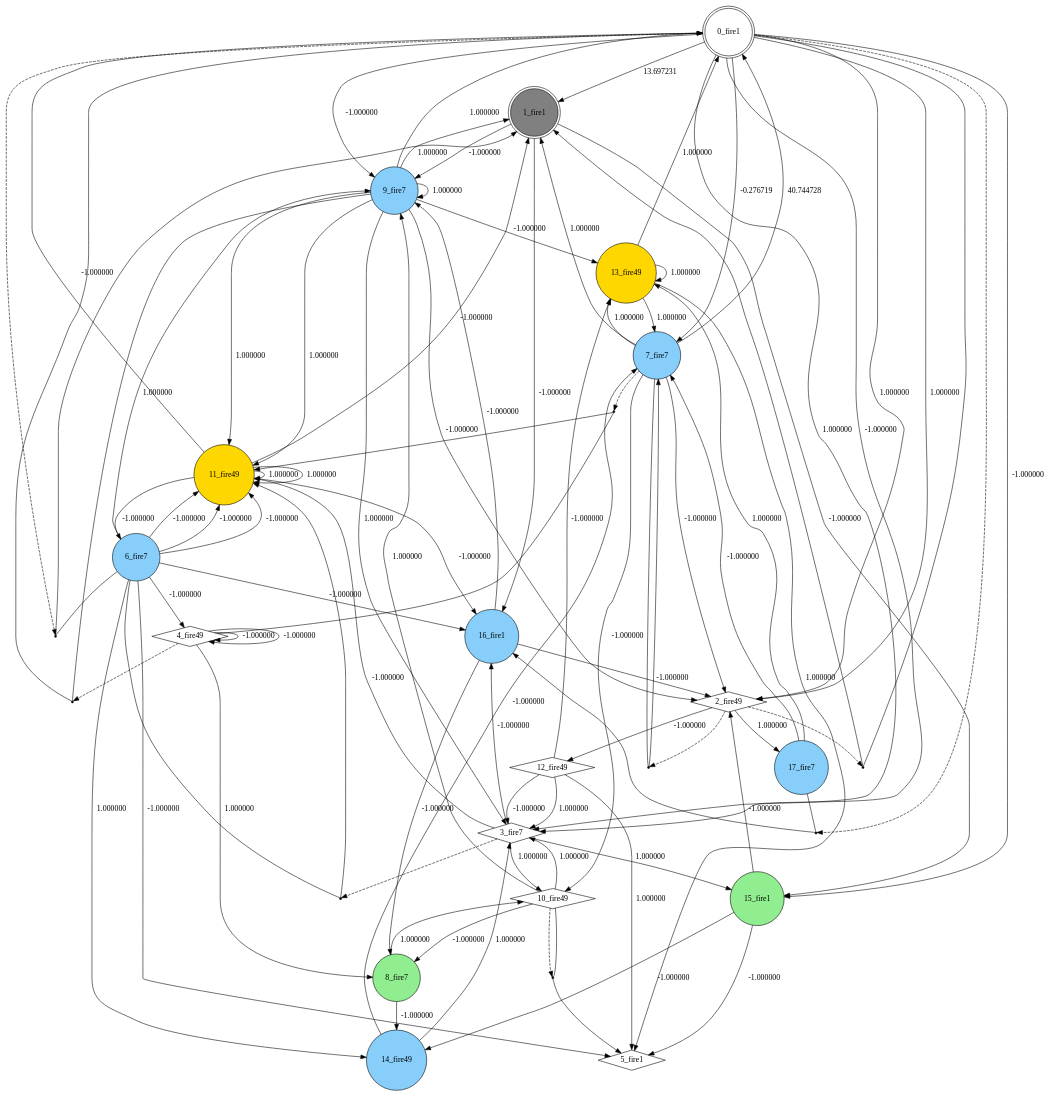
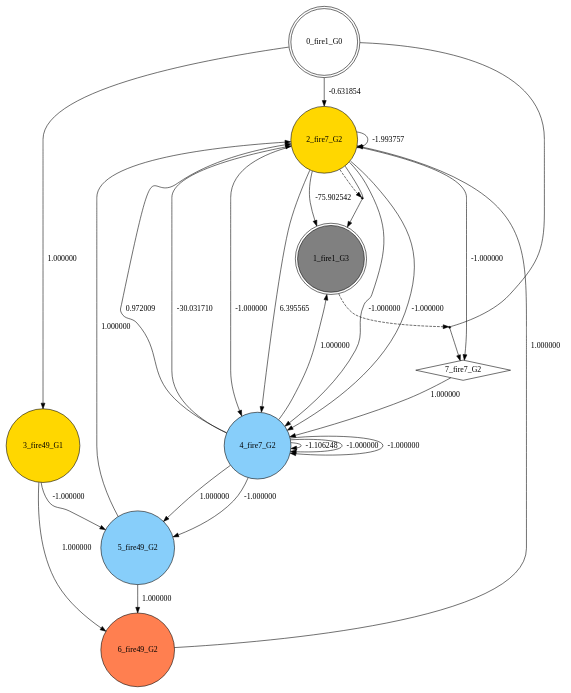
The diagram in best_individual.dot (yi1306c12/suna_c), drawn with Graphviz before and after one commit. The commit also changed 7 other files, not shown here.

```diff
--- a/best_individual.dot
+++ b/best_individual.dot
@@ -1,123 +1,42 @@
 digraph G {
  node[shape = circle]
-0 [label="0_fire1",shape=doublecircle]
-1 [label="1_fire1",shape=doublecircle, style=filled, fillcolor=gray]
-2 [label="2_fire49",shape=diamond]
-3 [label="3_fire7",shape=diamond]
-4 [label="4_fire49",shape=diamond]
-5 [label="5_fire1",shape=diamond]
-6 [label="6_fire7",style=filled, fillcolor=lightskyblue]
-7 [label="7_fire7",style=filled, fillcolor=lightskyblue]
-8 [label="8_fire7",style=filled, fillcolor=lightgreen]
-9 [label="9_fire7",style=filled, fillcolor=lightskyblue]
-10 [label="10_fire49",shape=diamond]
-11 [label="11_fire49",style=filled, fillcolor=gold]
-12 [label="12_fire49",shape=diamond]
-13 [label="13_fire49",style=filled, fillcolor=gold]
-14 [label="14_fire49",style=filled, fillcolor=lightskyblue]
-15 [label="15_fire1",style=filled, fillcolor=lightgreen]
-16 [label="16_fire1",style=filled, fillcolor=lightskyblue]
-17 [label="17_fire7",style=filled, fillcolor=lightskyblue]
-0 -> 1 [label="13.697231"]
-3 -> 10 [label="1.000000"]
-0 -> 7 [label="-0.276719"]
-11 -> 11 [label="1.000000"]
-19 [shape=point, label=""]
-3 -> 19 [style=dashed] 
-6 -> 19 [dir=none]
-19 -> 11 
-20 [shape=point, label=""]
-2 -> 20 [style=dashed] 
-0 -> 20 [dir=none]
-20 -> 1 
-13 -> 13 [label="1.000000"]
-9 -> 13 [label="-1.000000"]
-12 -> 3 [label="1.000000"]
-21 [shape=point, label=""]
-4 -> 21 [style=dashed] 
-9 -> 21 [dir=none]
-21 -> 0 
-22 [shape=point, label=""]
-10 -> 22 [style=dashed] 
-10 -> 22 [dir=none]
-22 -> 5 
-8 -> 14 [label="-1.000000"]
-7 -> 0 [label="40.744728"]
-23 [shape=point, label=""]
-0 -> 23 [style=dashed] 
-6 -> 23 [dir=none]
-23 -> 1 
-0 -> 15 [label="-1.000000"]
-10 -> 9 [label="1.000000"]
-7 -> 10 [label="-1.000000"]
-0 -> 9 [label="-1.000000"]
-0 -> 2 [label="1.000000"]
-6 -> 11 [label="-1.000000"]
-9 -> 0 [label="1.000000"]
-9 -> 11 [label="1.000000"]
-3 -> 11 [label="-1.000000"]
-3 -> 16 [label="-1.000000"]
-24 [shape=point, label=""]
-2 -> 24 [style=dashed] 
-7 -> 24 [dir=none]
-24 -> 7 
-12 -> 13 [label="-1.000000"]
-9 -> 11 [label="1.000000"]
-11 -> 6 [label="-1.000000"]
-1 -> 15 [label="-1.000000"]
-10 -> 3 [label="1.000000"]
-25 [shape=point, label=""]
-7 -> 25 [style=dashed] 
-4 -> 25 [dir=none]
-25 -> 11 
-9 -> 3 [label="1.000000"]
-12 -> 3 [label="-1.000000"]
-9 -> 1 [label="1.000000"]
-6 -> 5 [label="-1.000000"]
-11 -> 0 [label="-1.000000"]
-6 -> 9 [label="1.000000"]
-16 -> 8 [label="-1.000000"]
-11 -> 1 [label="-1.000000"]
-6 -> 11 [label="-1.000000"]
-7 -> 1 [label="1.000000"]
-9 -> 9 [label="1.000000"]
-13 -> 0 [label="1.000000"]
-3 -> 15 [label="1.000000"]
-6 -> 14 [label="1.000000"]
-0 -> 3 [label="-1.000000"]
+0 [label="0_fire1_G0",shape=doublecircle]
+1 [label="1_fire1_G3",shape=doublecircle, style=filled, fillcolor=gray]
+2 [label="2_fire7_G2",style=filled, fillcolor=gold]
+3 [label="3_fire49_G1",style=filled, fillcolor=gold]
+4 [label="4_fire7_G2",style=filled, fillcolor=lightskyblue]
+5 [label="5_fire49_G2",style=filled, fillcolor=lightskyblue]
+6 [label="6_fire49_G2",style=filled, fillcolor=coral]
+7 [label="7_fire7_G2",shape=diamond]
+4 -> 2 [label="-30.031710"]
+0 -> 2 [label="-0.631854"]
+2 -> 1 [label="-75.902542"]
+2 -> 4 [label="6.395565"]
+6 -> 2 [label="1.000000"]
+4 -> 4 [label="-1.106248"]
+4 -> 2 [label="0.972009"]
+4 -> 4 [label="-1.000000"]
+4 -> 5 [label="1.000000"]
+2 -> 4 [label="-1.000000"]
+4 -> 4 [label="-1.000000"]
+10 [shape=point, label=""]
+2 -> 10 [style=dashed] 
+2 -> 10 [dir=none]
+10 -> 1 
 0 -> 3 [label="1.000000"]
-10 -> 8 [label="-1.000000"]
-14 -> 7 [label="-1.000000"]
-6 -> 11 [label="-1.000000"]
-6 -> 4 [label="-1.000000"]
-13 -> 7 [label="1.000000"]
-14 -> 3 [label="1.000000"]
-15 -> 14 [label="-1.000000"]
-8 -> 10 [label="1.000000"]
-15 -> 2 [label="-1.000000"]
-1 -> 16 [label="-1.000000"]
-17 -> 13 [label="1.000000"]
-13 -> 5 [label="1.000000"]
-16 -> 9 [label="-1.000000"]
-7 -> 13 [label="1.000000"]
-4 -> 4 [label="-1.000000"]
-2 -> 17 [label="1.000000"]
-4 -> 4 [label="-1.000000"]
-0 -> 2 [label="1.000000"]
-2 -> 12 [label="-1.000000"]
-9 -> 2 [label="-1.000000"]
-1 -> 9 [label="-1.000000"]
-4 -> 8 [label="1.000000"]
-7 -> 2 [label="-1.000000"]
-11 -> 11 [label="1.000000"]
-26 [shape=point, label=""]
-0 -> 26 [style=dashed] 
-17 -> 26 [dir=none]
-26 -> 16 
-17 -> 7 [label="-1.000000"]
-15 -> 5 [label="-1.000000"]
-16 -> 2 [label="-1.000000"]
-6 -> 16 [label="-1.000000"]
-11 -> 16 [label="-1.000000"]
-12 -> 5 [label="1.000000"]
+3 -> 5 [label="-1.000000"]
+5 -> 2 [label="1.000000"]
+2 -> 4 [label="-1.000000"]
+2 -> 4 [label="-1.000000"]
+2 -> 2 [label="-1.993757"]
+4 -> 5 [label="-1.000000"]
+4 -> 1 [label="1.000000"]
+5 -> 6 [label="1.000000"]
+3 -> 6 [label="1.000000"]
+11 [shape=point, label=""]
+1 -> 11 [style=dashed] 
+0 -> 11 [dir=none]
+11 -> 7 
+7 -> 4 [label="1.000000"]
+2 -> 7 [label="-1.000000"]
 }
```
